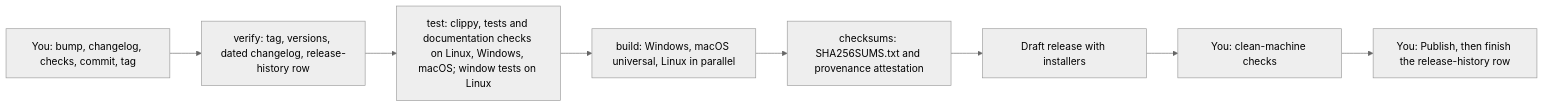
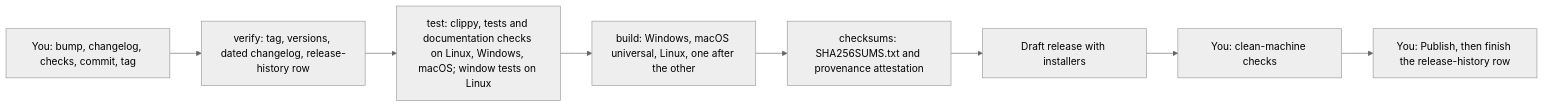
Before and after one commit to SarangVehale/email-todolist: the diagram in docs/runbooks/cut-a-release.md, drawn with Mermaid (neutral theme). The commit also changed other lines of this file and 27 other files, not shown here.

````diff
--- a/docs/runbooks/cut-a-release.md
+++ b/docs/runbooks/cut-a-release.md
@@ -26,10 +26,10 @@
 ```mermaid
 flowchart LR
     A["You: bump, changelog, checks, commit, tag"] --> B["verify: tag, versions, dated changelog, release-history row"]
     B --> C["test: clippy, tests and documentation checks on Linux, Windows, macOS; window tests on Linux"]
-    C --> D["build: Windows, macOS universal, Linux in parallel"]
+    C --> D["build: Windows, macOS universal, Linux, one after the other"]
     D --> E["checksums: SHA256SUMS.txt and provenance attestation"]
     E --> F["Draft release with installers"]
     F --> G["You: clean-machine checks"]
     G --> H["You: Publish, then finish the release-history row"]
 ```
````
